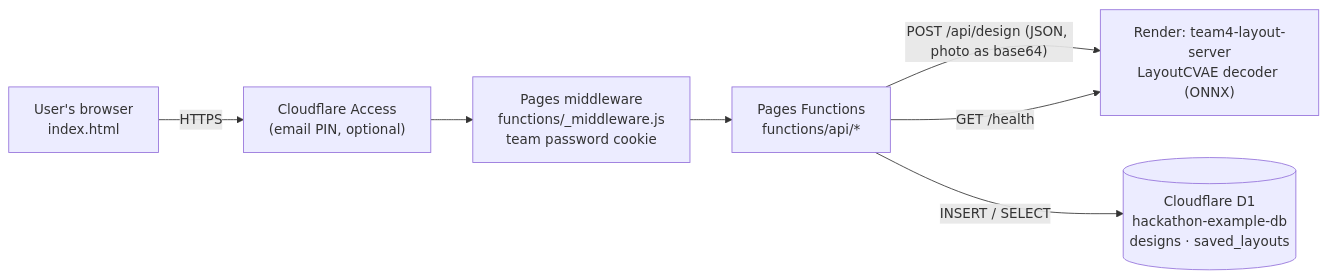
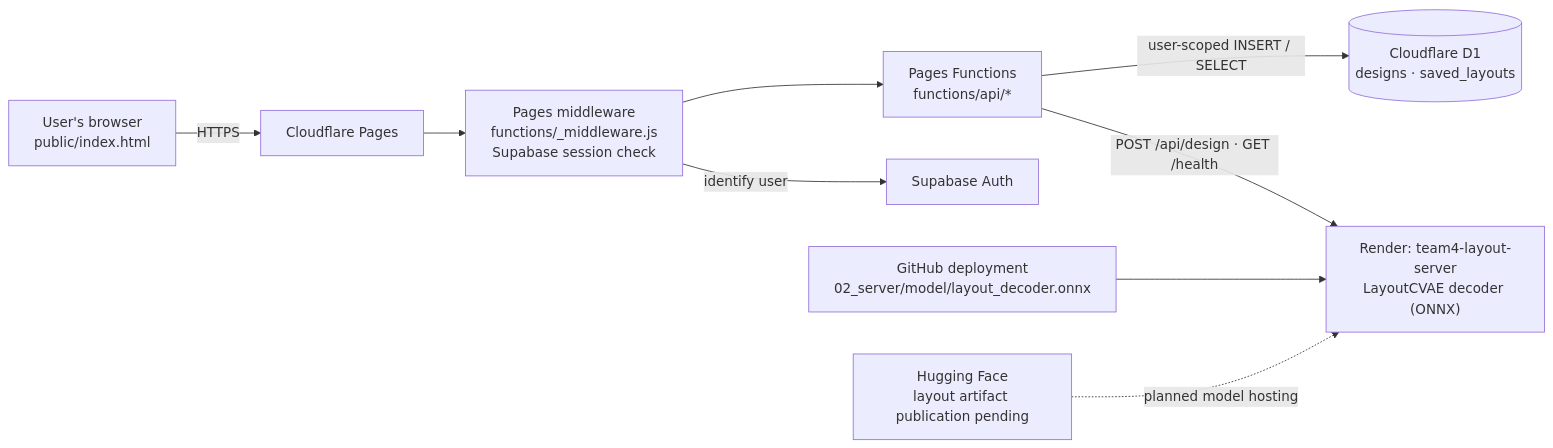
The diagram in 04_final/diagrams/1_system.md (iaac-maai/hackathon-team4-resplan), drawn with Mermaid before and after one commit. The commit also changed other lines of this file and 15 other files, not shown here.

````diff
--- a/04_final/diagrams/1_system.md
+++ b/04_final/diagrams/1_system.md
@@ -5,9 +5,11 @@
 ```mermaid
 flowchart LR
-  U["User's browser<br/>index.html"] -->|"HTTPS"| A["Cloudflare Access<br/>(email PIN, optional)"]
-  A --> M["Pages middleware<br/>functions/_middleware.js<br/>team password cookie"]
+  U["User's browser<br/>public/index.html"] -->|"HTTPS"| P["Cloudflare Pages"]
+  P --> M["Pages middleware<br/>functions/_middleware.js<br/>Supabase session check"]
+  M -->|"identify user"| S["Supabase Auth"]
   M --> F["Pages Functions<br/>functions/api/*"]
-  F -->|"POST /api/design (JSON, photo as base64)"| R["Render: team4-layout-server<br/>LayoutCVAE decoder (ONNX)"]
-  F -->|"GET /health"| R
-  F -->|"INSERT / SELECT"| D[("Cloudflare D1<br/>hackathon-example-db<br/>designs · saved_layouts")]
+  F -->|"POST /api/design · GET /health"| R["Render: team4-layout-server<br/>LayoutCVAE decoder (ONNX)"]
+  F -->|"user-scoped INSERT / SELECT"| D[("Cloudflare D1<br/>designs · saved_layouts")]
+  G["GitHub deployment<br/>02_server/model/layout_decoder.onnx"] --> R
+  H["Hugging Face<br/>layout artifact publication pending"] -.->|"planned model hosting"| R
 ```
````
